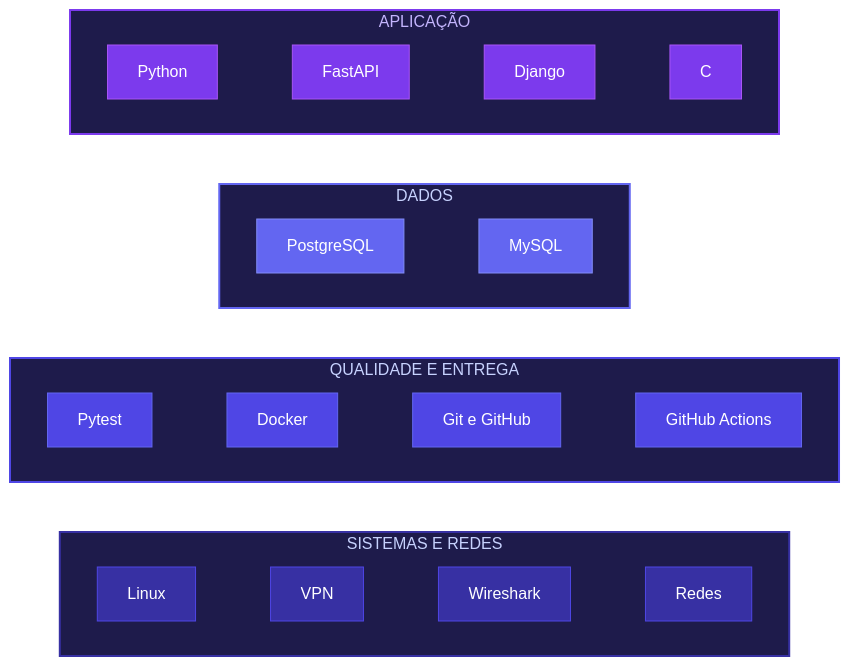
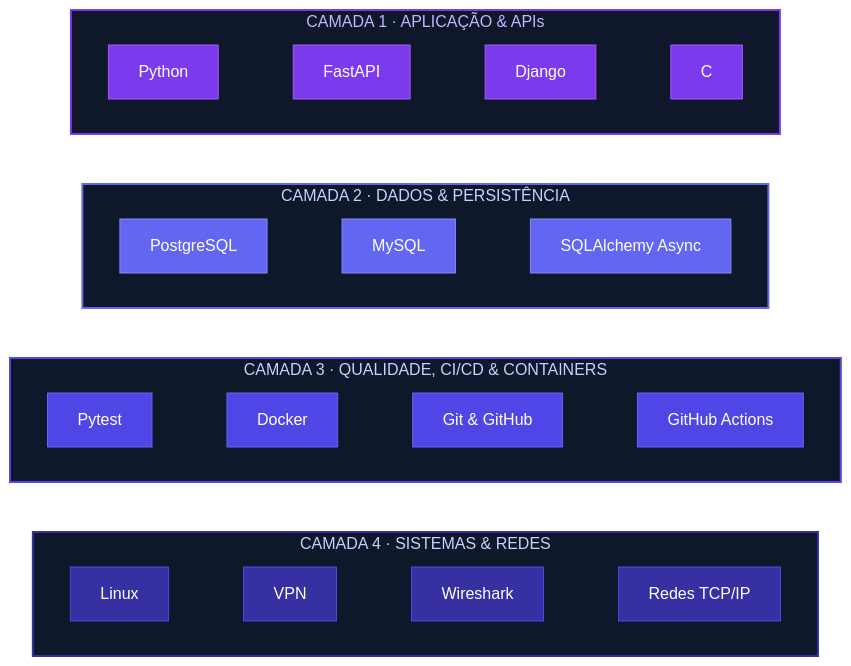
The third of 3 diagrams in README.md (rafaelmaia-dev/rafaelmaia-dev), drawn with Mermaid before and after one commit. The commit also changed other lines of this file, not shown here.

````diff
--- a/README.md
+++ b/README.md
@@ -87,48 +139,49 @@
 ```mermaid
 flowchart TB
-    subgraph L1["APLICAÇÃO"]
+    subgraph L1["CAMADA 1 · APLICAÇÃO & APIs"]
         direction LR
         A1["Python"]
         A2["FastAPI"]
         A3["Django"]
         A4["C"]
     end
-    subgraph L2["DADOS"]
+    subgraph L2["CAMADA 2 · DADOS & PERSISTÊNCIA"]
         direction LR
         B1["PostgreSQL"]
         B2["MySQL"]
+        B3["SQLAlchemy Async"]
     end
-    subgraph L3["QUALIDADE E ENTREGA"]
+    subgraph L3["CAMADA 3 · QUALIDADE, CI/CD & CONTAINERS"]
         direction LR
         C1["Pytest"]
         C2["Docker"]
-        C3["Git e GitHub"]
+        C3["Git & GitHub"]
         C4["GitHub Actions"]
     end
-    subgraph L4["SISTEMAS E REDES"]
+    subgraph L4["CAMADA 4 · SISTEMAS & REDES"]
         direction LR
         D1["Linux"]
         D2["VPN"]
         D3["Wireshark"]
-        D4["Redes"]
+        D4["Redes TCP/IP"]
     end
+
     A1 ~~~ A2 ~~~ A3 ~~~ A4
-    B1 ~~~ B2
+    B1 ~~~ B2 ~~~ B3
     C1 ~~~ C2 ~~~ C3 ~~~ C4
     D1 ~~~ D2 ~~~ D3 ~~~ D4
-    L1 ~~~ L2
-    L2 ~~~ L3
-    L3 ~~~ L4
+    L1 ~~~ L2 ~~~ L3 ~~~ L4
+
     classDef a fill:#7C3AED,stroke:#A855F7,color:#fff,stroke-width:1px
     classDef d fill:#6366F1,stroke:#818CF8,color:#fff,stroke-width:1px
     classDef o fill:#4F46E5,stroke:#6366F1,color:#fff,stroke-width:1px
     classDef i fill:#3730A3,stroke:#4F46E5,color:#fff,stroke-width:1px
     class A1,A2,A3,A4 a
-    class B1,B2 d
+    class B1,B2,B3 d
     class C1,C2,C3,C4 o
     class D1,D2,D3,D4 i
-    style L1 fill:#1E1B4B,stroke:#7C3AED,stroke-width:2px,color:#C4B5FD
-    style L2 fill:#1E1B4B,stroke:#6366F1,stroke-width:2px,color:#C7D2FE
-    style L3 fill:#1E1B4B,stroke:#4F46E5,stroke-width:2px,color:#C7D2FE
-    style L4 fill:#1E1B4B,stroke:#3730A3,stroke-width:2px,color:#C7D2FE
+    style L1 fill:#0F172A,stroke:#7C3AED,stroke-width:2px,color:#C4B5FD
+    style L2 fill:#0F172A,stroke:#6366F1,stroke-width:2px,color:#C7D2FE
+    style L3 fill:#0F172A,stroke:#4F46E5,stroke-width:2px,color:#C7D2FE
+    style L4 fill:#0F172A,stroke:#3730A3,stroke-width:2px,color:#C7D2FE
 ```
````
